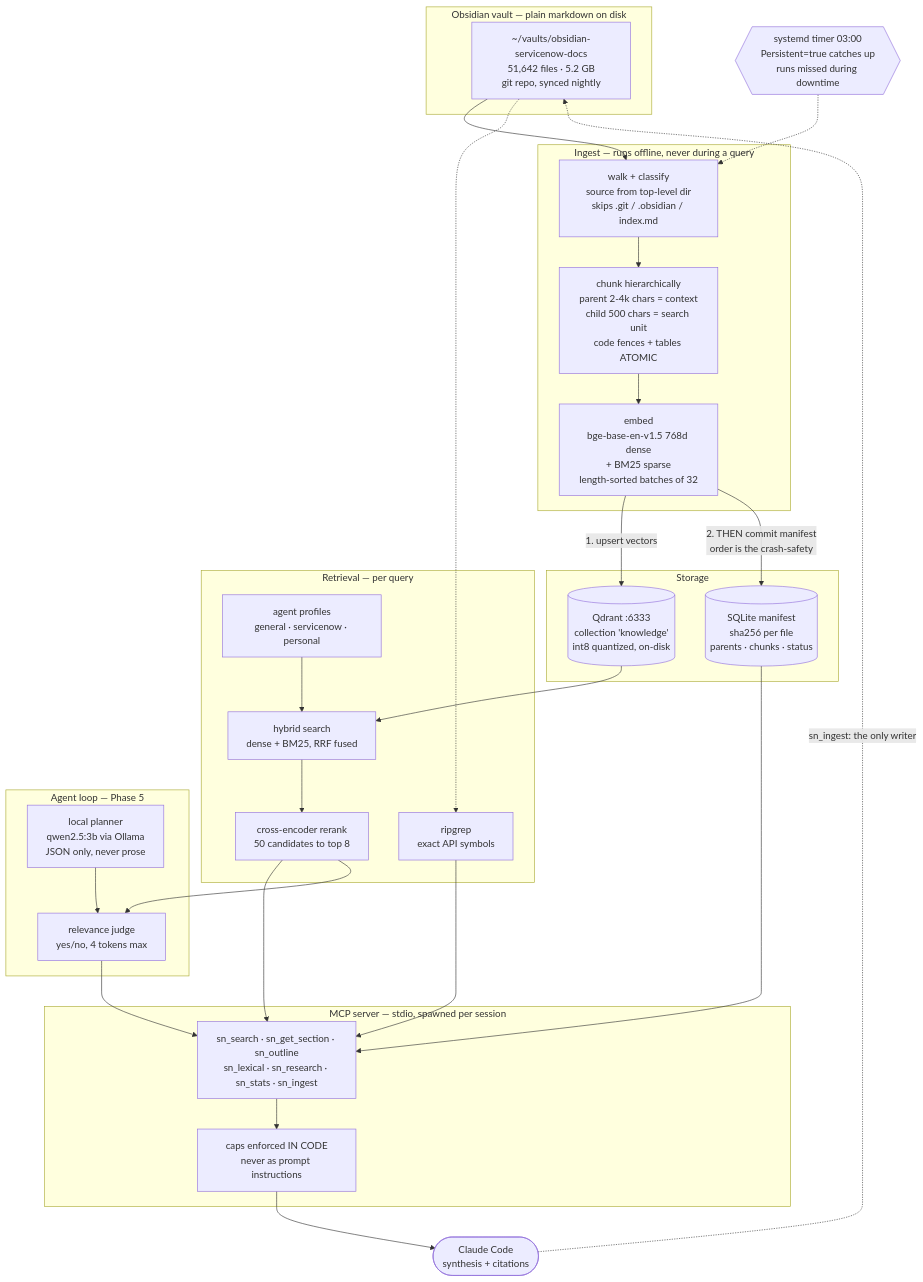
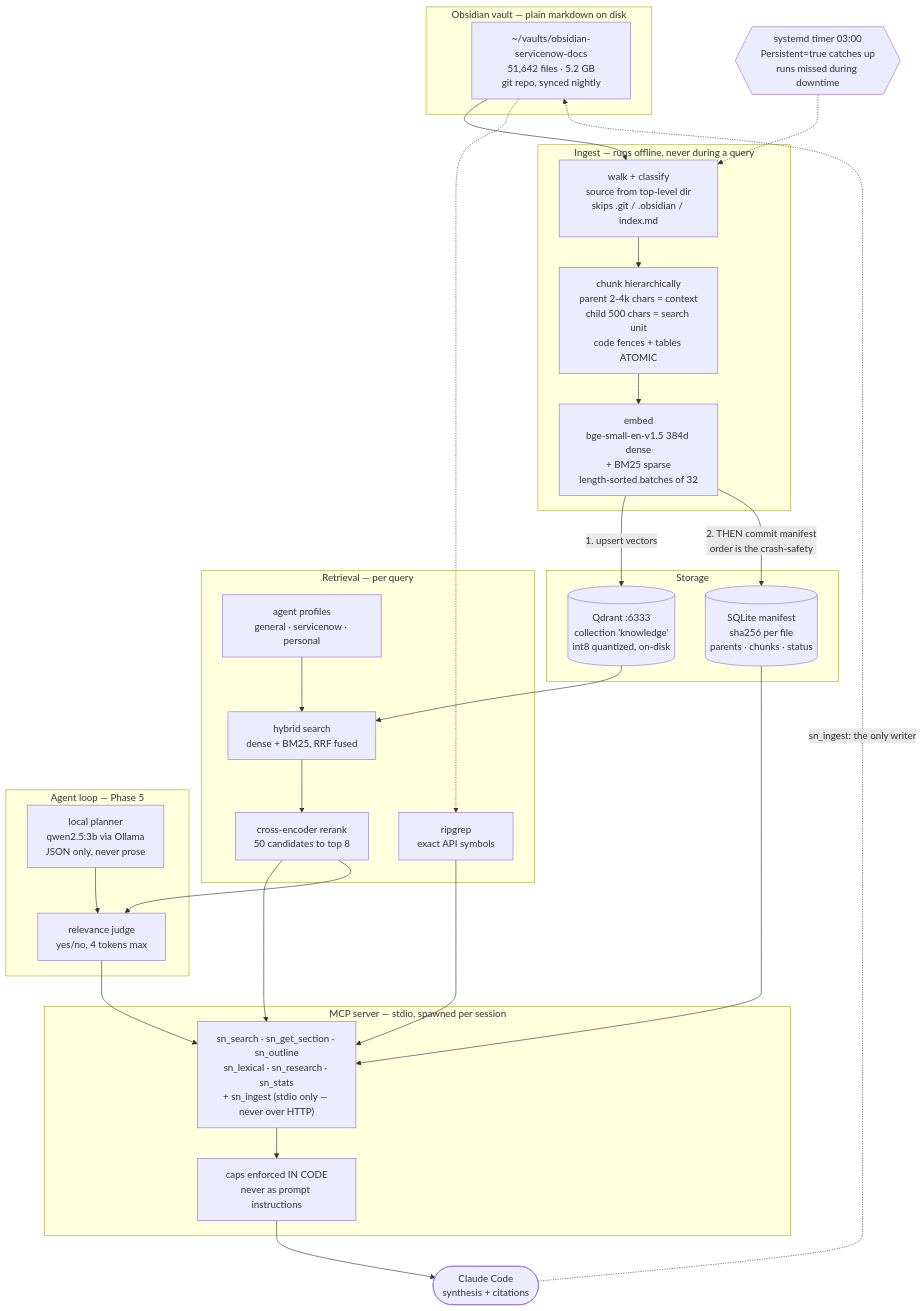
Before and after one commit to Pedr0Leite/second-brain: the diagram in README.md, drawn with Mermaid. The commit also changed other lines of this file and 8 other files, not shown here.

First line of the commit message:
feat: authenticated HTTP MCP transport (ADR-0006), dense model to bge-small (ADR-0007)

````diff
--- a/README.md
+++ b/README.md
@@ -71,54 +71,54 @@
 ```mermaid
 flowchart TB
     subgraph vault["Obsidian vault — plain markdown on disk"]
         V["~/vaults/obsidian-servicenow-docs<br/>51,642 files · 5.2 GB<br/>git repo, synced nightly"]
     end
 
     subgraph ingest["Ingest — runs offline, never during a query"]
         W["walk + classify<br/>source from top-level dir<br/>skips .git / .obsidian / index.md"]
         C["chunk hierarchically<br/>parent 2-4k chars = context<br/>child 500 chars = search unit<br/>code fences + tables ATOMIC"]
-        E["embed<br/>bge-base-en-v1.5 768d dense<br/>+ BM25 sparse<br/>length-sorted batches of 32"]
+        E["embed<br/>bge-small-en-v1.5 384d dense<br/>+ BM25 sparse<br/>length-sorted batches of 32"]
         W --> C --> E
     end
 
     subgraph store["Storage"]
         Q[("Qdrant :6333<br/>collection 'knowledge'<br/>int8 quantized, on-disk")]
         M[("SQLite manifest<br/>sha256 per file<br/>parents · chunks · status")]
     end
 
     subgraph retrieval["Retrieval — per query"]
         H["hybrid search<br/>dense + BM25, RRF fused"]
         RR["cross-encoder rerank<br/>50 candidates to top 8"]
         LX["ripgrep<br/>exact API symbols"]
         PR["agent profiles<br/>general · servicenow · personal"]
     end
 
     subgraph agent["Agent loop — Phase 5"]
         PL["local planner<br/>qwen2.5:3b via Ollama<br/>JSON only, never prose"]
         JU["relevance judge<br/>yes/no, 4 tokens max"]
         PL --> JU
     end
 
     subgraph mcp["MCP server — stdio, spawned per session"]
-        T["sn_search · sn_get_section · sn_outline<br/>sn_lexical · sn_research · sn_stats · sn_ingest"]
+        T["sn_search · sn_get_section · sn_outline<br/>sn_lexical · sn_research · sn_stats<br/>+ sn_ingest (stdio only — never over HTTP)"]
         CAP["caps enforced IN CODE<br/>never as prompt instructions"]
         T --> CAP
     end
 
     CL(["Claude Code<br/>synthesis + citations"])
 
     V --> W
     E -->|"1. upsert vectors"| Q
     E -->|"2. THEN commit manifest<br/>order is the crash-safety"| M
     Q --> H --> RR --> T
     V -.-> LX --> T
     M --> T
     PR --> H
     RR --> JU
     JU --> T
     CAP --> CL
     CL -.->|"sn_ingest: the only writer"| V
 
     TIMER{{"systemd timer 03:00<br/>Persistent=true catches up<br/>runs missed during downtime"}}
     TIMER -.-> W
 ```
````
